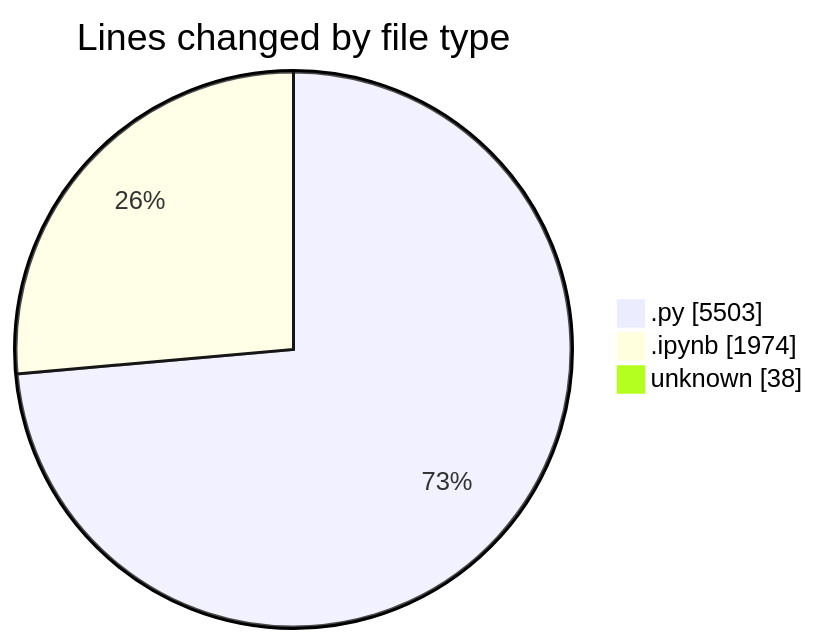
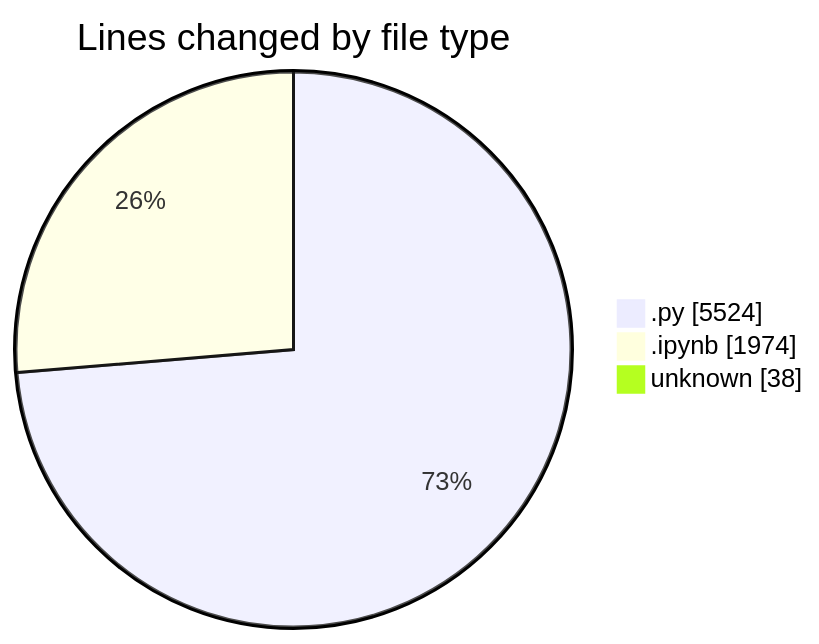
Before and after one commit to MatusMokan/code-tracking: the first of 2 diagrams in 2025-03-21/myws__workspace_/README.md, drawn with Mermaid. The commit also changed other lines of this file and 1 other file, not shown here.

````diff
--- a/2025-03-21/myws__workspace_/README.md
+++ b/2025-03-21/myws__workspace_/README.md
@@ -25,7 +25,7 @@
 ```mermaid
 pie showData
 title Lines changed by file type
-".py" : 5503
+".py" : 5524
 ".ipynb" : 1974
 "unknown" : 38
 ```
````
